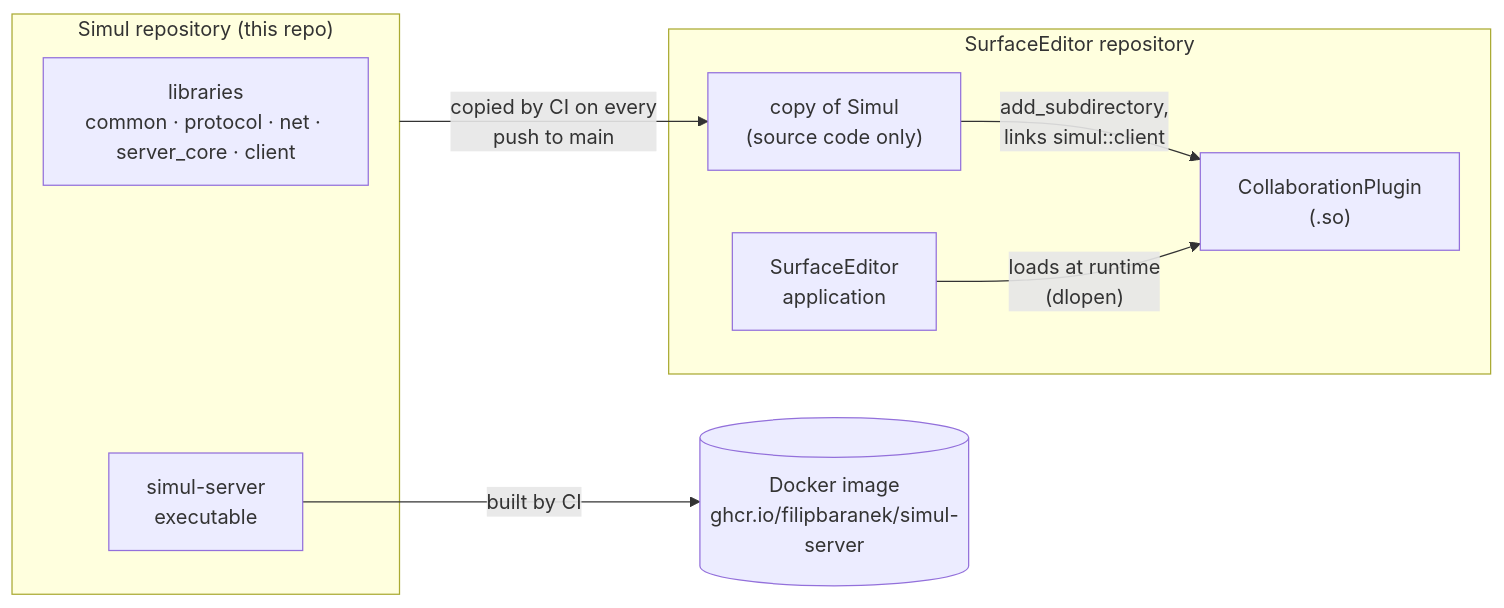
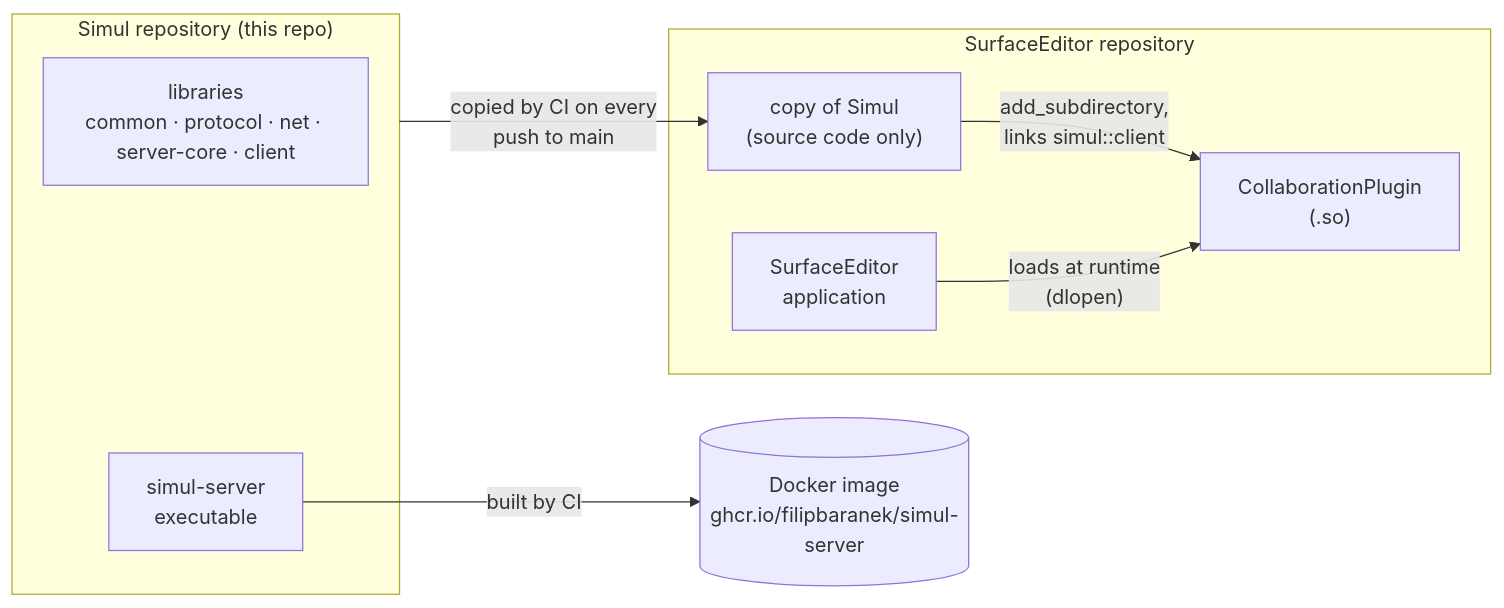
The first of 2 diagrams in README.md (filipbaranek/Simul), drawn with Mermaid before and after one commit. The commit also changed other lines of this file and 21 other files, not shown here.

````diff
--- a/README.md
+++ b/README.md
@@ -22,20 +22,20 @@
 ```mermaid
 flowchart LR
     subgraph simul["Simul repository (this repo)"]
-        libs["libraries<br/>common · protocol · net · server_core · client"]
+        libs["libraries<br/>common · protocol · net · server-core · client"]
         server["simul-server<br/>executable"]
     end
 
     subgraph se["SurfaceEditor repository"]
         copy["copy of Simul<br/>(source code only)"]
         plugin["CollaborationPlugin<br/>(.so)"]
         app["SurfaceEditor<br/>application"]
     end
 
     image[("Docker image<br/>ghcr.io/filipbaranek/simul-server")]
 
     simul -->|"copied by CI on every<br/>push to main"| copy
     copy -->|"add_subdirectory,<br/>links simul::client"| plugin
     app -->|"loads at runtime<br/>(dlopen)"| plugin
     server -->|"built by CI"| image
 ```
````
